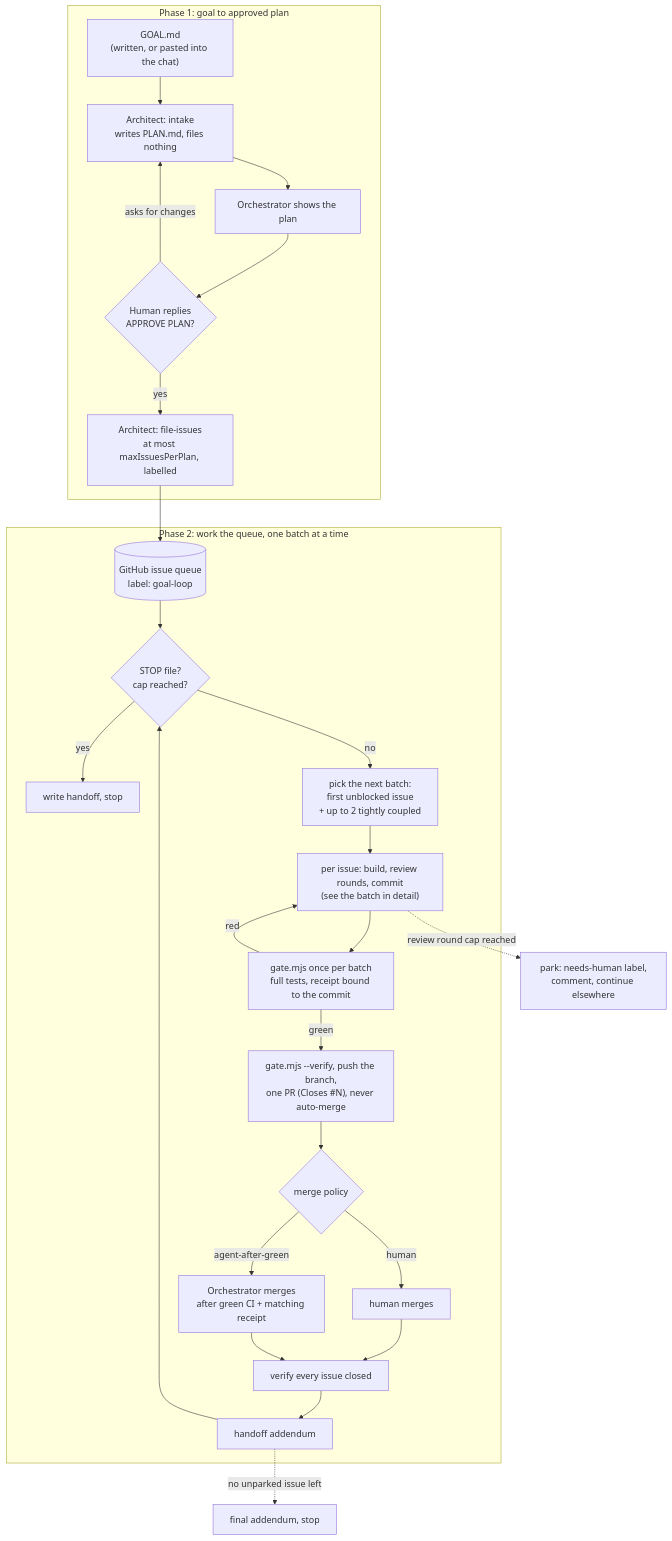
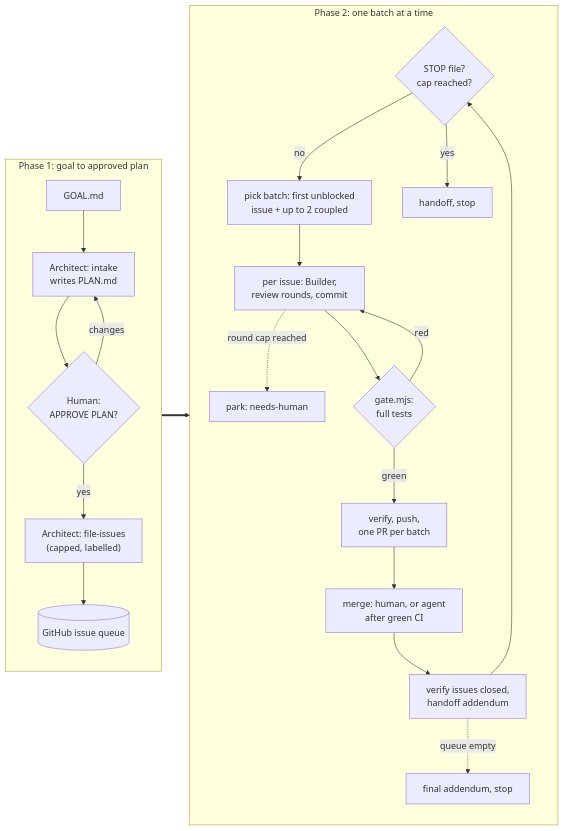
Before and after one commit to seangalliher/copilot-forever: the first of 3 diagrams in docs/orchestrator-map.md, drawn with Mermaid.

Commit message:
Orchestrator map: a compact two-column overview diagram

````diff
--- a/docs/orchestrator-map.md
+++ b/docs/orchestrator-map.md
@@ -7,32 +7,28 @@
 ```mermaid
-flowchart TD
+flowchart LR
   subgraph P1["Phase 1: goal to approved plan"]
-    G["GOAL.md<br/>(written, or pasted into the chat)"] --> AI["Architect: intake<br/>writes PLAN.md, files nothing"]
-    AI --> SH["Orchestrator shows the plan"]
-    SH --> HA{"Human replies<br/>APPROVE PLAN?"}
-    HA -->|asks for changes| AI
-    HA -->|yes| AF["Architect: file-issues<br/>at most maxIssuesPerPlan, labelled"]
+    direction TB
+    G["GOAL.md"] --> AI["Architect: intake<br/>writes PLAN.md"]
+    AI --> HA{"Human:<br/>APPROVE PLAN?"}
+    HA -->|changes| AI
+    HA -->|yes| AF["Architect: file-issues<br/>(capped, labelled)"]
+    AF --> Q[("GitHub issue queue")]
   end
 
-  AF --> Q[("GitHub issue queue<br/>label: goal-loop")]
-
-  subgraph P2["Phase 2: work the queue, one batch at a time"]
-    Q --> CK{"STOP file?<br/>cap reached?"}
-    CK -->|yes| HO["write handoff, stop"]
-    CK -->|no| PB["pick the next batch:<br/>first unblocked issue<br/>+ up to 2 tightly coupled"]
-    PB --> IS["per issue: build, review rounds, commit<br/>(see the batch in detail)"]
-    IS --> GT["gate.mjs once per batch<br/>full tests, receipt bound to the commit"]
+  subgraph P2["Phase 2: one batch at a time"]
+    direction TB
+    CK{"STOP file?<br/>cap reached?"} -->|no| PB["pick batch: first unblocked<br/>issue + up to 2 coupled"]
+    CK -->|yes| HO["handoff, stop"]
+    PB --> IS["per issue: Builder,<br/>review rounds, commit"]
+    IS -.->|"round cap reached"| PK["park: needs-human"]
+    IS --> GT{"gate.mjs:<br/>full tests"}
     GT -->|red| IS
-    GT -->|green| VR["gate.mjs --verify, push the branch,<br/>one PR (Closes #N), never auto-merge"]
-    VR --> MP{"merge policy"}
-    MP -->|human| HM["human merges"]
-    MP -->|agent-after-green| AM["Orchestrator merges<br/>after green CI + matching receipt"]
-    HM --> VC["verify every issue closed"]
-    AM --> VC
-    VC --> AD["handoff addendum"]
-    AD --> CK
+    GT -->|green| PR["verify, push,<br/>one PR per batch"]
+    PR --> MG["merge: human, or agent<br/>after green CI"]
+    MG --> VC["verify issues closed,<br/>handoff addendum"]
+    VC --> CK
+    VC -.->|"queue empty"| DN["final addendum, stop"]
   end
 
-  IS -.->|"review round cap reached"| PK["park: needs-human label,<br/>comment, continue elsewhere"]
-  AD -.->|"no unparked issue left"| DN["final addendum, stop"]
+  P1 ==> P2
 ```
````
